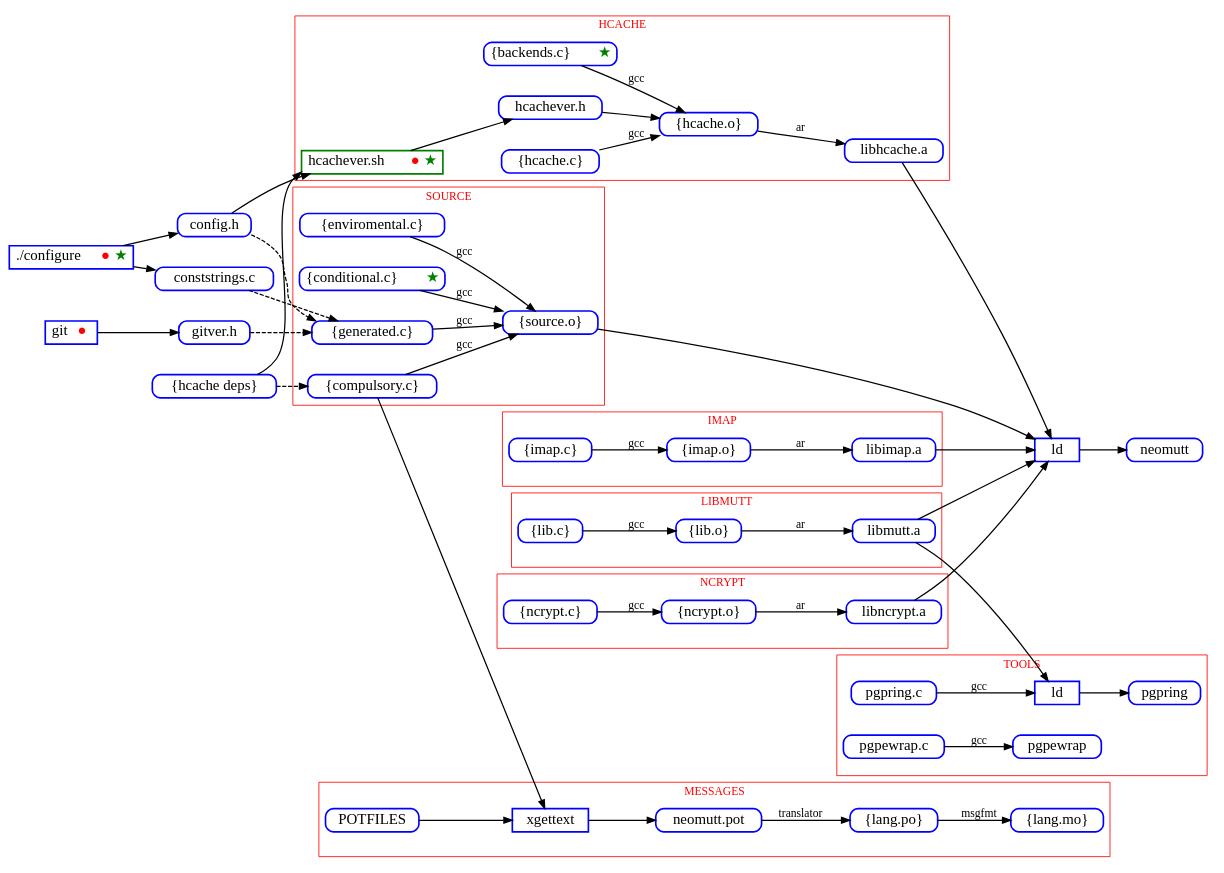
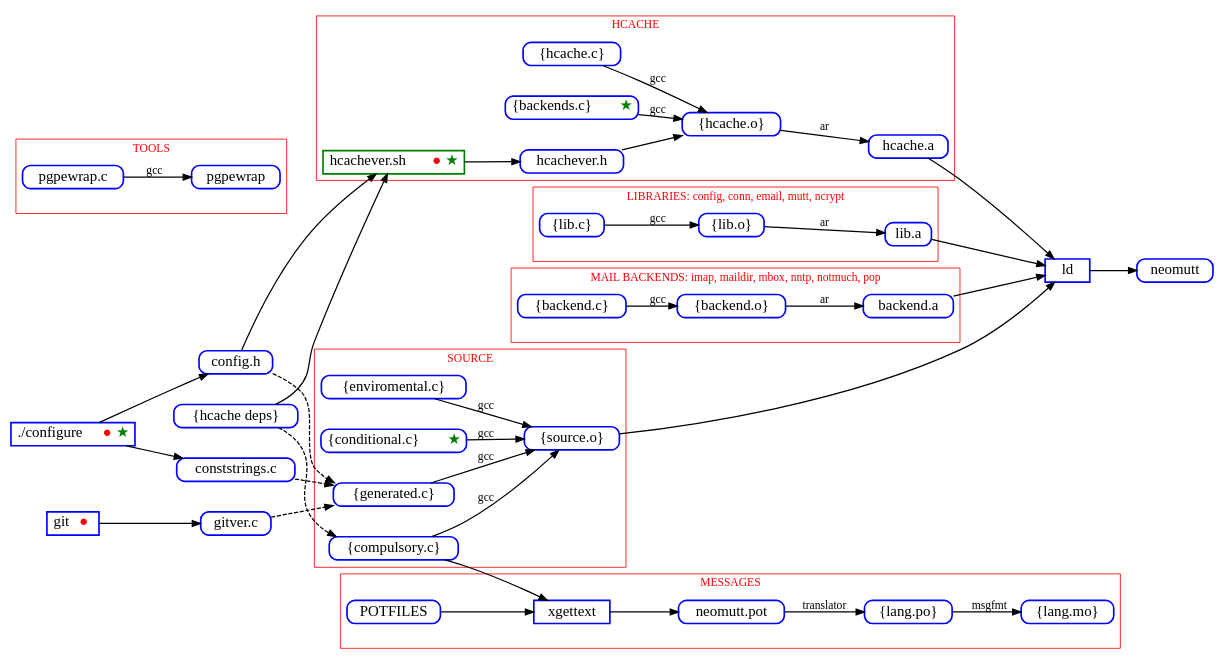
One commit to neomutt/neomutt.github.io changed the diagram in images/make-code.gv. Above: the diagram before and after it, drawn with Graphviz. The commit also changed 5 other files, not shown here.

Commit message:
update 'making neomutt' diagrams

```diff
--- a/images/make-code.gv
+++ b/images/make-code.gv
@@ -1,161 +1,141 @@
 digraph build {
 	graph [
 		rankdir="LR"
 		nodesep="0.5"
 		ranksep="0.3"
 	];
 
 	node [
 		shape="Mrecord"
 		style="solid"
 		height="0.2"
 		penwidth="2.0"
 		color="blue"
 		fontcolor="black"
 		fontsize="18"
 	];
 
 	edge [
 		penwidth="1.5"
 		color="#000000"
 		arrowsize="1.0"
 	];
 
 
 	config_h         [ label="config.h"            ]
 	conststrings_c   [ label="conststrings.c"      ]
-	gitver_h         [ label="gitver.h"            ]
+	gitver_c         [ label="gitver.c"            ]
 	mutt_h           [ label="\{hcache deps\}"     ]
 
 	dot_configure [ label=<./configure <font color="red">●</font><font color="green">★</font>> shape="box" ]
-	ld_tool       [ label="ld" shape="box" ]
 	git           [ label=<git <font color="red">●</font>> shape="box" ]
 	ld_mutt       [ label="ld" shape="box" ]
 
 	lots_obj -> ld_mutt
 	ld_mutt -> neomutt
 
 	dot_configure -> config_h
 	config_h -> generated [ style="dashed" ]
 
 	dot_configure -> conststrings_c
 	conststrings_c -> generated [ style="dashed" ]
 
-	git -> gitver_h
-	gitver_h -> generated [ style="dashed" ]
+	git -> gitver_c
+	gitver_c -> generated [ style="dashed" ]
 
 	config_h -> hcachever_sh
 	mutt_h -> hcachever_sh
 	mutt_h -> compulsory [ style="dashed" ]
 
-	subgraph cluster_imap {
+	subgraph cluster_libraries {
 		fontcolor="red"
-		label="IMAP"
+		label="LIBRARIES: config, conn, email, mutt, ncrypt"
 		color="#ff0000"
 
-		lots_imap_c [ label="\{imap.c\}" ]
-		lots_imap_o [ label="\{imap.o\}" ]
-		imap_a      [ label="libimap.a"  ]
+		lots_lib_c [ label="\{lib.c\}" ]
+		lots_lib_o [ label="\{lib.o\}" ]
+		lib_a      [ label="lib.a" ]
 
-		lots_imap_c -> lots_imap_o [ label="gcc" ]
-		lots_imap_o -> imap_a [ label="ar" ]
+		lots_lib_c -> lots_lib_o [ label="gcc" ]
+		lots_lib_o -> lib_a      [ label="ar" ]
 	}
 
-	subgraph cluster_ncrypt {
+	subgraph cluster_backends {
 		fontcolor="red"
-		label="NCRYPT"
+		label="MAIL BACKENDS: imap, maildir, mbox, nntp, notmuch, pop"
 		color="#ff0000"
 
-		lots_ncrypt_c [ label="\{ncrypt.c\}" ]
-		lots_ncrypt_o [ label="\{ncrypt.o\}" ]
-		ncrypt_a      [ label="libncrypt.a"  ]
+		lots_backend_c [ label="\{backend.c\}" ]
+		lots_backend_o [ label="\{backend.o\}" ]
+		backend_a      [ label="backend.a"  ]
 
-		lots_ncrypt_c -> lots_ncrypt_o [ label="gcc" ]
-		lots_ncrypt_o -> ncrypt_a [ label="ar" ]
+		lots_backend_c -> lots_backend_o [ label="gcc" ]
+		lots_backend_o -> backend_a      [ label="ar" ]
 	}
 
 	subgraph cluster_hcache {
 		fontcolor="red"
 		label="HCACHE"
 		color="#ff0000"
 
 		lots_hcache_c [ label="\{hcache.c\}"                                                                                  ]
 		lots_hcache_o [ label="\{hcache.o\}"                                                                                  ]
 		backends_c    [ label=<\{backends.c\} <font color="green">★</font>>                                                   ]
 		hcachever_h   [ label="hcachever.h"                                                                                   ]
 		hcachever_sh  [ label=<hcachever.sh <font color="red">●</font><font color="green">★</font>> color="green" shape="box" ]
-		hcache_a      [ label="libhcache.a"                                                                                   ]
+		hcache_a      [ label="hcache.a"                                                                                   ]
 
 		hcachever_sh  -> hcachever_h
 		hcachever_h   -> lots_hcache_o
 		backends_c    -> lots_hcache_o [ label="gcc" ]
 		lots_hcache_c -> lots_hcache_o [ label="gcc" ]
 		lots_hcache_o -> hcache_a      [ label="ar"  ]
 	}
 
 	subgraph cluster_source {
 		fontcolor="red"
 		label="SOURCE"
 		color="#ff0000"
 
 		compulsory   [ label="\{compulsory.c\}"                               ]
 		conditional  [ label=<\{conditional.c\} <font color="green">★</font>> ]
 		enviromental [ label="\{enviromental.c\}"                             ]
 		generated    [ label="\{generated.c\}"                                ]
 		lots_obj     [ label="\{source.o\}"                                   ]
 
 		compulsory   -> lots_obj [ label="gcc" ]
 		conditional  -> lots_obj [ label="gcc" ]
 		enviromental -> lots_obj [ label="gcc" ]
 		generated    -> lots_obj [ label="gcc" ]
 	}
 
 	subgraph cluster_messages {
 		fontcolor="red"
 		label="MESSAGES"
 		color="#ff0000"
 
 		lots_mo          [ label="\{lang.mo\}"          ]
 		lots_po          [ label="\{lang.po\}"          ]
 		neomutt_pot      [ label="neomutt.pot"             ]
 		xgettext         [ label="xgettext" shape="box" ]
 
 		POTFILES         -> xgettext
 		compulsory       -> xgettext
 		xgettext         -> neomutt_pot
 		neomutt_pot      -> lots_po [ label="translator" ]
 		lots_po          -> lots_mo [ label="msgfmt" ]
 	}
 
-	subgraph cluster_libmutt {
-		fontcolor="red"
-		label="LIBMUTT"
-		color="#ff0000"
-
-		lots_lib_c [ label="\{lib.c\}" ]
-		lots_lib_o [ label="\{lib.o\}" ]
-		mutt_a     [ label="libmutt.a" ]
-
-		lots_lib_c -> lots_lib_o [ label="gcc" ]
-		lots_lib_o -> mutt_a [ label="ar" ]
-	}
-
 	subgraph cluster_tools {
 		fontcolor="red"
 		label="TOOLS"
 		color="#ff0000"
 
 		pgpewrap_src [ label="pgpewrap.c" ]
-		pgpring_src  [ label="pgpring.c"  ]
-
 		pgpewrap_src -> pgpewrap [ label="gcc" ]
-		mutt_a       -> ld_tool
-		pgpring_src  -> ld_tool [ label="gcc" ]
-		ld_tool      -> pgpring
 	}
 
 	hcache_a -> ld_mutt
-	imap_a -> ld_mutt
-	mutt_a -> ld_mutt
-	ncrypt_a -> ld_mutt
+	lib_a -> ld_mutt
+	backend_a -> ld_mutt
 }
```
